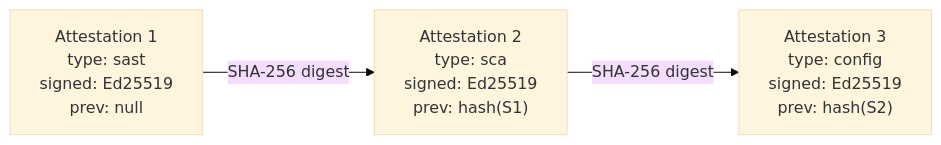
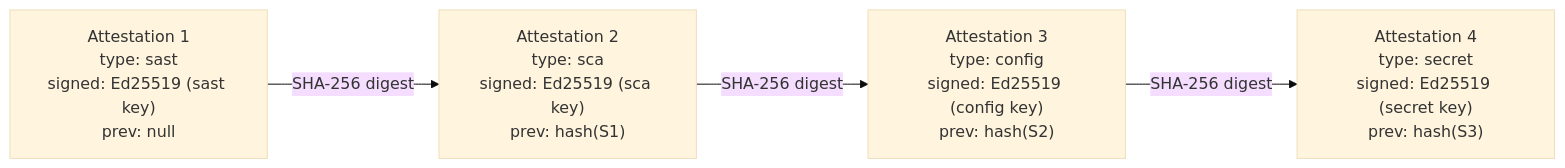
Before and after one commit to MemerGamer/Phoenix-DevSecOps-Demo: the second of 2 diagrams in README.md, drawn with Mermaid (base theme). The commit also changed other lines of this file and 3 other files, not shown here.

Commit message:
feat: upgrade pipeline to zero-trust per-check-type architecture

````diff
--- a/README.md
+++ b/README.md
@@ -36,6 +39,7 @@
 ```mermaid
 flowchart LR
-    S1["Attestation 1\ntype: sast\nsigned: Ed25519\nprev: null"] -->|SHA-256 digest| S2
-    S2["Attestation 2\ntype: sca\nsigned: Ed25519\nprev: hash(S1)"] -->|SHA-256 digest| S3
-    S3["Attestation 3\ntype: config\nsigned: Ed25519\nprev: hash(S2)"]
+    S1["Attestation 1\ntype: sast\nsigned: Ed25519 (sast key)\nprev: null"] -->|SHA-256 digest| S2
+    S2["Attestation 2\ntype: sca\nsigned: Ed25519 (sca key)\nprev: hash(S1)"] -->|SHA-256 digest| S3
+    S3["Attestation 3\ntype: config\nsigned: Ed25519 (config key)\nprev: hash(S2)"] -->|SHA-256 digest| S4
+    S4["Attestation 4\ntype: secret\nsigned: Ed25519 (secret key)\nprev: hash(S3)"]
 ```
````
